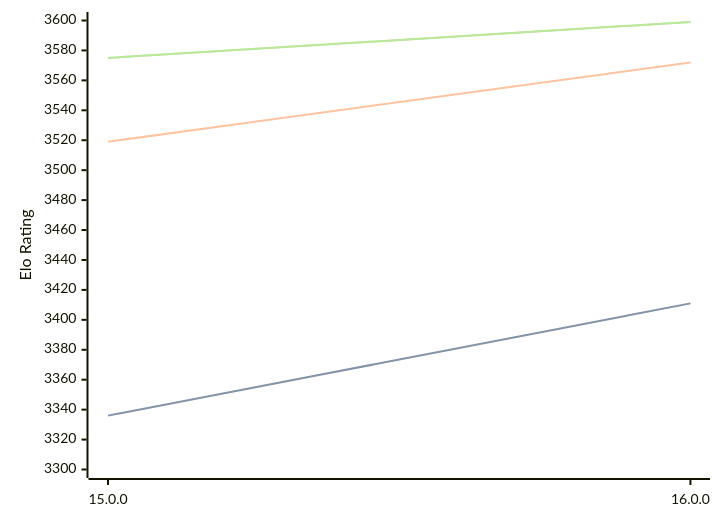
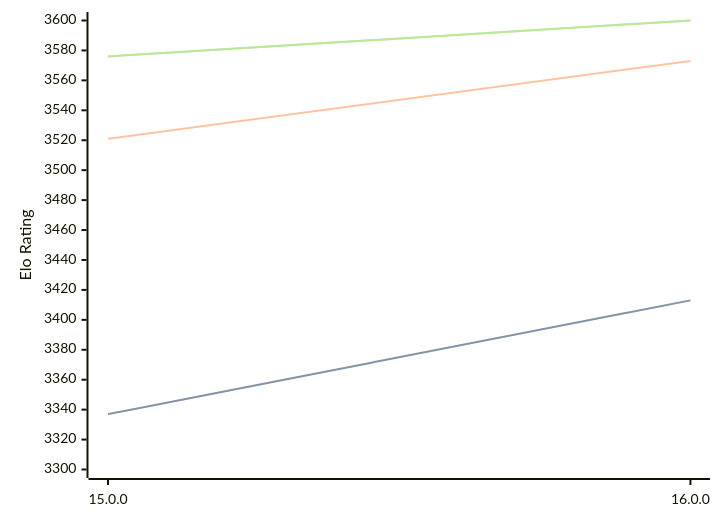
Before and after one commit to computer-chess-index/cci: the diagram in engines/Halogen.md, drawn with Mermaid. The commit also changed other lines of this file, not shown here.

Commit message:
Update CCI Ratings (ELO VLTC) - 2026-05-16

````diff
--- a/engines/Halogen.md
+++ b/engines/Halogen.md
@@ -50,11 +50,11 @@
 ```mermaid
 %%{init: {"theme":"base","themeVariables":{"seriesColors:['#a3a3a3','#222221','#faa371']}}}%%
 xychart-beta
   x-axis ["15.0.0", "16.0.0"]
   y-axis "Elo Rating" 3300 --> 3600
-  line "STC (8.0+0.08s)" [3336, 3411]
-  line "STC (8.0+0.08s)" [3336, 3411]
-  line "LTC (60.0+0.60s)" [3519, 3572]
-  line "VLTC (2m24s+1.12s)" [3575, 3599]
-  line "VLTC (2m24s+1.12s)" [3575, 3599]
+  line "STC (8.0+0.08s)" [3337, 3413]
+  line "STC (8.0+0.08s)" [3337, 3413]
+  line "LTC (60.0+0.60s)" [3521, 3573]
+  line "VLTC (2m24s+1.12s)" [3576, 3600]
+  line "VLTC (2m24s+1.12s)" [3576, 3600]
 ```
````
